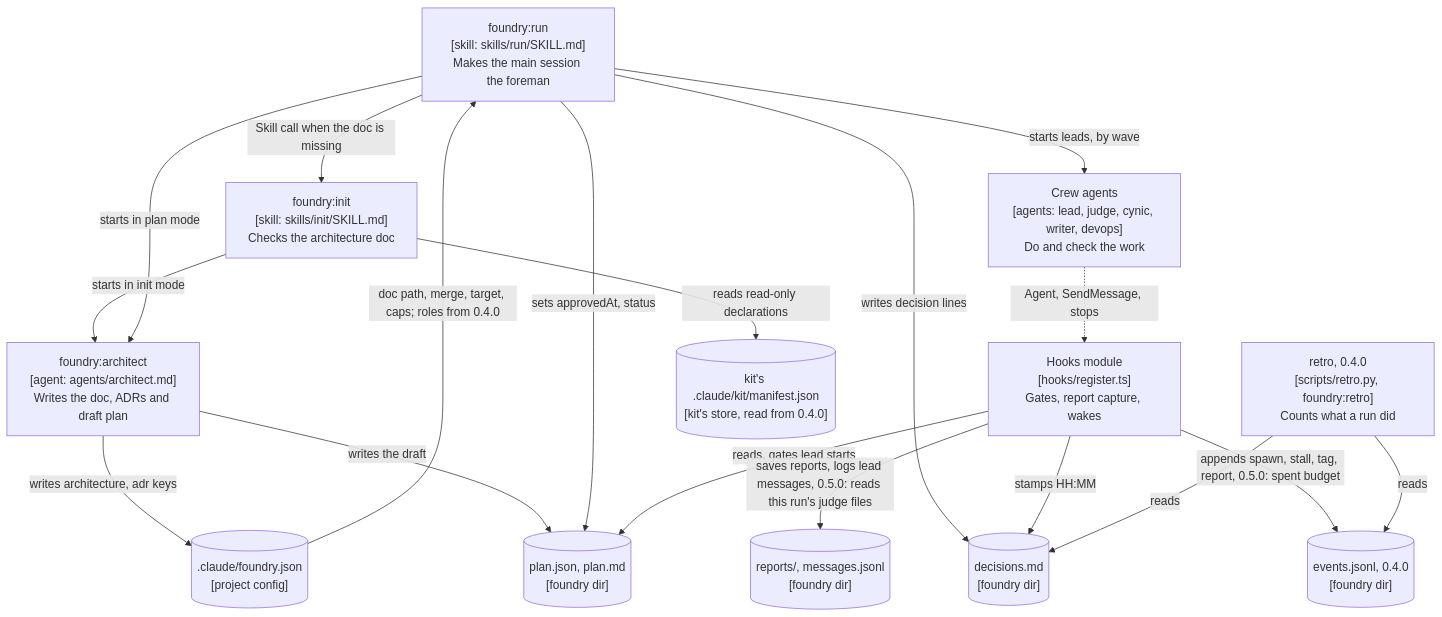
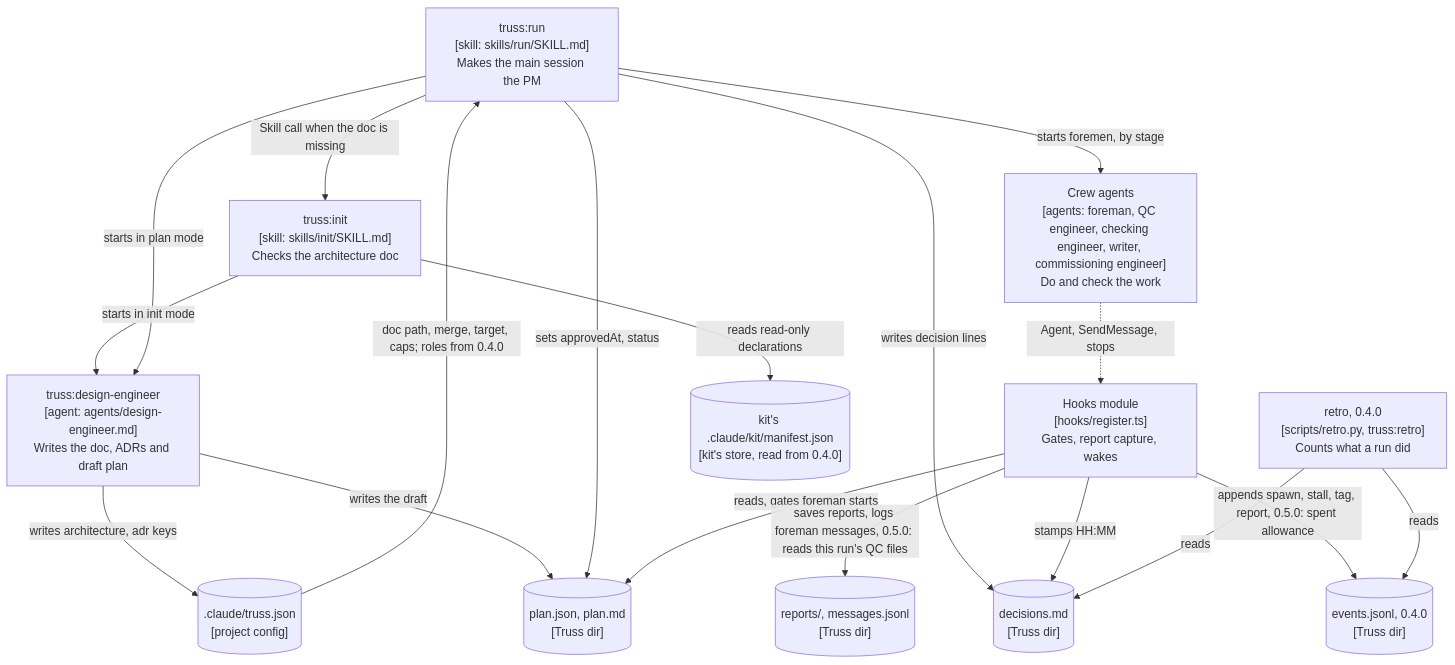
The first of 16 diagrams in docs/architecture.md (AbhiramDwivedi/truss), drawn with Mermaid before and after one commit. The commit also changed other lines of this file and 61 other files, not shown here.

First line of the commit message:
refactor!: rename foundry to Truss (code, prompts, docs)

````diff
--- a/docs/architecture.md
+++ b/docs/architecture.md
@@ -19,33 +19,33 @@
 ```mermaid
 flowchart TB
-  run["foundry:run<br/>[skill: skills/run/SKILL.md]<br/>Makes the main session the foreman"]
-  init["foundry:init<br/>[skill: skills/init/SKILL.md]<br/>Checks the architecture doc"]
-  arch["foundry:architect<br/>[agent: agents/architect.md]<br/>Writes the doc, ADRs and draft plan"]
-  crew["Crew agents<br/>[agents: lead, judge, cynic, writer, devops]<br/>Do and check the work"]
+  run["truss:run<br/>[skill: skills/run/SKILL.md]<br/>Makes the main session the PM"]
+  init["truss:init<br/>[skill: skills/init/SKILL.md]<br/>Checks the architecture doc"]
+  arch["truss:design-engineer<br/>[agent: agents/design-engineer.md]<br/>Writes the doc, ADRs and draft plan"]
+  crew["Crew agents<br/>[agents: foreman, QC engineer, checking engineer, writer, commissioning engineer]<br/>Do and check the work"]
   hooks["Hooks module<br/>[hooks/register.ts]<br/>Gates, report capture, wakes"]
-  retro["retro, 0.4.0<br/>[scripts/retro.py, foundry:retro]<br/>Counts what a run did"]
-  fjson[(".claude/foundry.json<br/>[project config]")]
+  retro["retro, 0.4.0<br/>[scripts/retro.py, truss:retro]<br/>Counts what a run did"]
+  fjson[(".claude/truss.json<br/>[project config]")]
   kitman[("kit's .claude/kit/manifest.json<br/>[kit's store, read from 0.4.0]")]
-  plan[("plan.json, plan.md<br/>[foundry dir]")]
-  dec[("decisions.md<br/>[foundry dir]")]
-  events[("events.jsonl, 0.4.0<br/>[foundry dir]")]
-  reports[("reports/, messages.jsonl<br/>[foundry dir]")]
+  plan[("plan.json, plan.md<br/>[Truss dir]")]
+  dec[("decisions.md<br/>[Truss dir]")]
+  events[("events.jsonl, 0.4.0<br/>[Truss dir]")]
+  reports[("reports/, messages.jsonl<br/>[Truss dir]")]
 
   run -->|"Skill call when the doc is missing"| init
   init -->|"reads read-only declarations"| kitman
   init -->|"starts in init mode"| arch
   arch -->|"writes architecture, adr keys"| fjson
   fjson -->|"doc path, merge, target, caps; roles from 0.4.0"| run
   run -->|"starts in plan mode"| arch
   arch -->|"writes the draft"| plan
   run -->|"sets approvedAt, status"| plan
-  run -->|"starts leads, by wave"| crew
+  run -->|"starts foremen, by stage"| crew
   run -->|"writes decision lines"| dec
   crew -.->|"Agent, SendMessage, stops"| hooks
-  hooks -->|"reads, gates lead starts"| plan
-  hooks -->|"saves reports, logs lead messages, 0.5.0: reads this run's judge files"| reports
+  hooks -->|"reads, gates foreman starts"| plan
+  hooks -->|"saves reports, logs foreman messages, 0.5.0: reads this run's QC files"| reports
   hooks -->|"stamps HH:MM"| dec
-  hooks -->|"appends spawn, stall, tag, report, 0.5.0: spent budget"| events
+  hooks -->|"appends spawn, stall, tag, report, 0.5.0: spent allowance"| events
   retro -->|"reads"| events
   retro -->|"reads"| dec
 ```
````
